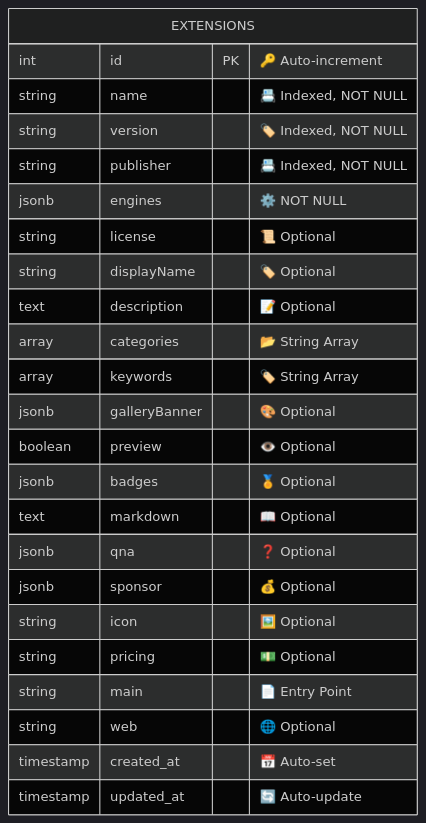
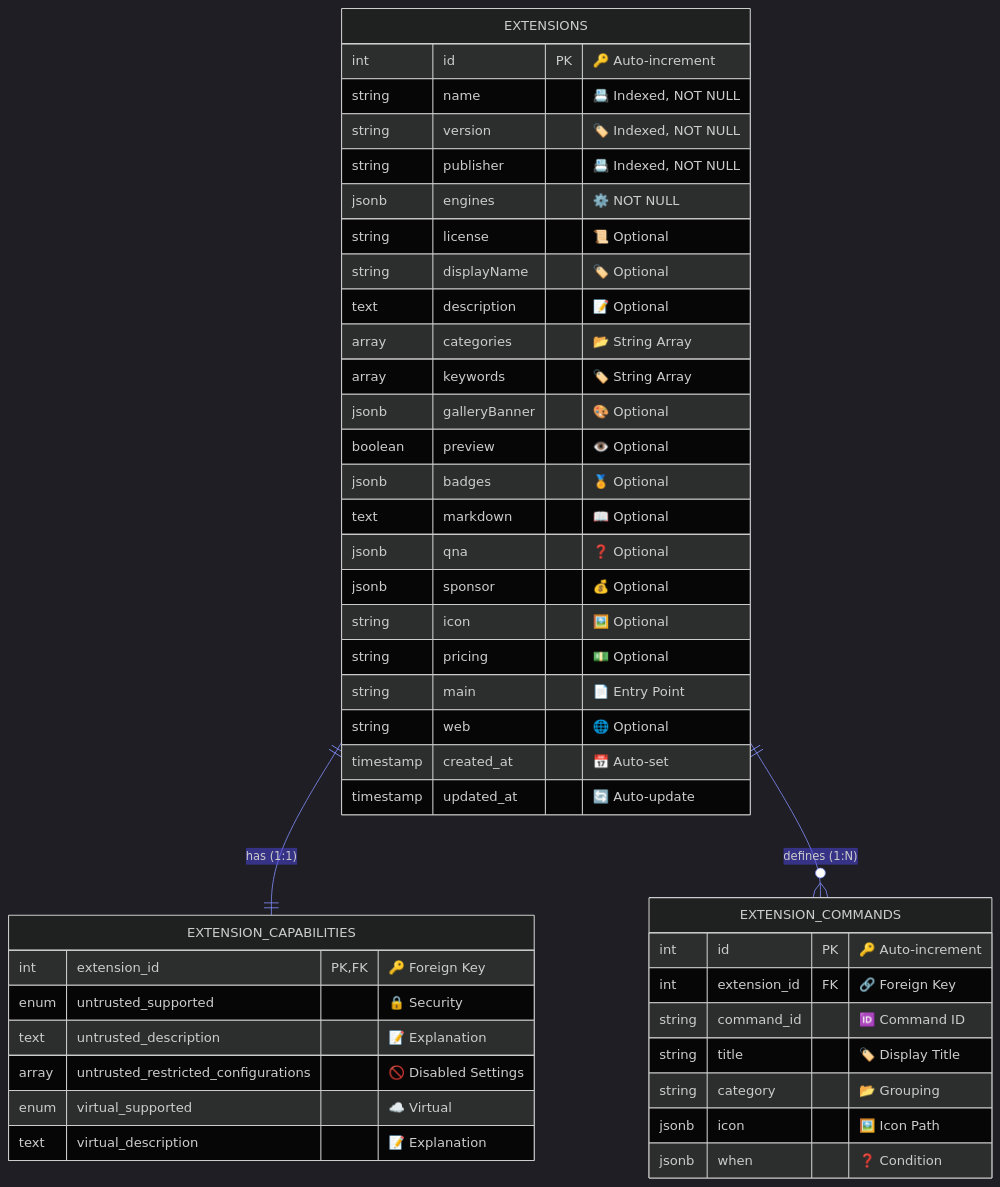
One commit to Ekremunalytu/automation_enviroment changed the eighth of 14 diagrams in documents/ARCHITECTURE.md. Above: the diagram before and after it, drawn with Mermaid. The commit also changed other lines of this file and 13 other files, not shown here.

````diff
--- a/documents/ARCHITECTURE.md
+++ b/documents/ARCHITECTURE.md
@@ -415,28 +419,50 @@
 ```mermaid
 %%{init: {'theme': 'dark', 'themeVariables': { 'background': '#0d1117', 'primaryColor': '#3b82f6', 'primaryTextColor': '#e6edf3', 'lineColor': '#818cf8', 'tertiaryColor': '#4f46e5', 'attributeBackgroundColorEven': '#161b22', 'attributeBackgroundColorOdd': '#21262d'}}}%%
 erDiagram
+    EXTENSIONS ||--|| EXTENSION_CAPABILITIES : "has (1:1)"
+    EXTENSIONS ||--o{ EXTENSION_COMMANDS : "defines (1:N)"
+
     EXTENSIONS {
         int id PK "🔑 Auto-increment"
         string name "📇 Indexed, NOT NULL"
         string version "🏷️ Indexed, NOT NULL"
         string publisher "📇 Indexed, NOT NULL"
         jsonb engines "⚙️ NOT NULL"
         string license "📜 Optional"
         string displayName "🏷️ Optional"
         text description "📝 Optional"
         array categories "📂 String Array"
         array keywords "🏷️ String Array"
         jsonb galleryBanner "🎨 Optional"
         boolean preview "👁️ Optional"
         jsonb badges "🏅 Optional"
         text markdown "📖 Optional"
         jsonb qna "❓ Optional"
         jsonb sponsor "💰 Optional"
         string icon "🖼️ Optional"
         string pricing "💵 Optional"
         string main "📄 Entry Point"
         string web "🌐 Optional"
         timestamp created_at "📅 Auto-set"
         timestamp updated_at "🔄 Auto-update"
     }
+
+    EXTENSION_CAPABILITIES {
+        int extension_id PK,FK "🔑 Foreign Key"
+        enum untrusted_supported "🔒 Security"
+        text untrusted_description "📝 Explanation"
+        array untrusted_restricted_configurations "🚫 Disabled Settings"
+        enum virtual_supported "☁️ Virtual"
+        text virtual_description "📝 Explanation"
+    }
+
+    EXTENSION_COMMANDS {
+        int id PK "🔑 Auto-increment"
+        int extension_id FK "🔗 Foreign Key"
+        string command_id "🆔 Command ID"
+        string title "🏷️ Display Title"
+        string category "📂 Grouping"
+        jsonb icon "🖼️ Icon Path"
+        jsonb when "❓ Condition"
+    }
 ```
````
